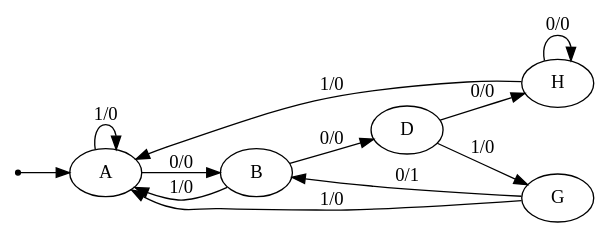
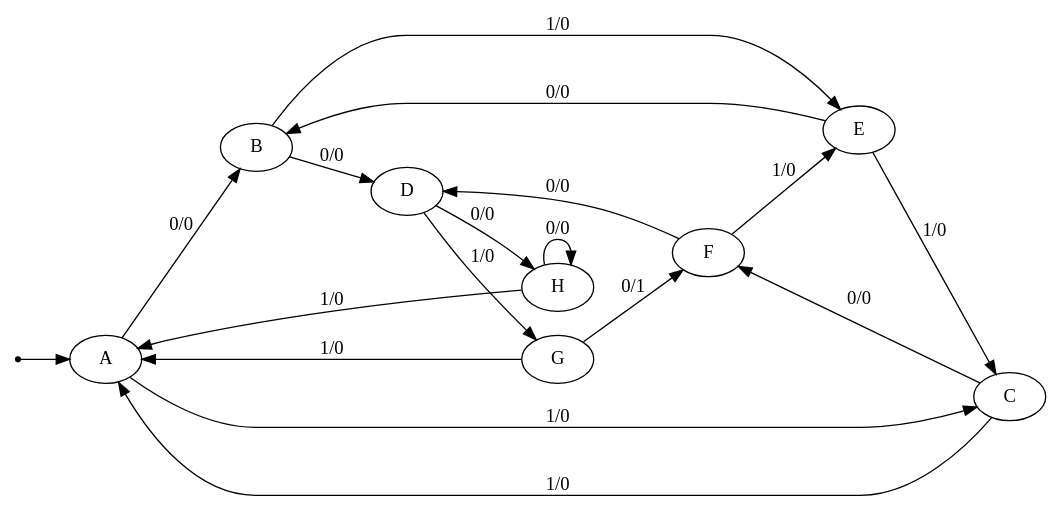
Before and after one commit to Ting-Tech/StateMinimization: the diagram in example/myTest/kiss/case5/input.dot, drawn with Graphviz. The commit also changed 16 other files, not shown here.

```diff
--- a/example/myTest/kiss/case5/input.dot
+++ b/example/myTest/kiss/case5/input.dot
@@ -1,22 +1,31 @@
 digraph STG {
 	rankdir=LR;
 
 	INIT [shape=point];
 	A [label="A"];
 	B [label="B"];
+	C [label="C"];
 	D [label="D"];
+	E [label="E"];
+	F [label="F"];
 	H [label="H"];
 	G [label="G"];
 
 	INIT -> A;
-	A -> A [label="1/0"];
 	A -> B [label="0/0"];
-	B -> A [label="1/0"];
+	A -> C [label="1/0"];
 	B -> D [label="0/0"];
+	B -> E [label="1/0"];
+	C -> F [label="0/0"];
+	C -> A [label="1/0"];
+	D -> H [label="0/0"];
 	D -> G [label="1/0"];
-	D -> H [label="0/0"];
+	E -> B [label="0/0"];
+	E -> C [label="1/0"];
+	F -> D [label="0/0"];
+	F -> E [label="1/0"];
+	H -> H [label="0/0"];
 	H -> A [label="1/0"];
-	H -> H [label="0/0"];
+	G -> F [label="0/1"];
 	G -> A [label="1/0"];
-	G -> B [label="0/1"];
 }
```
